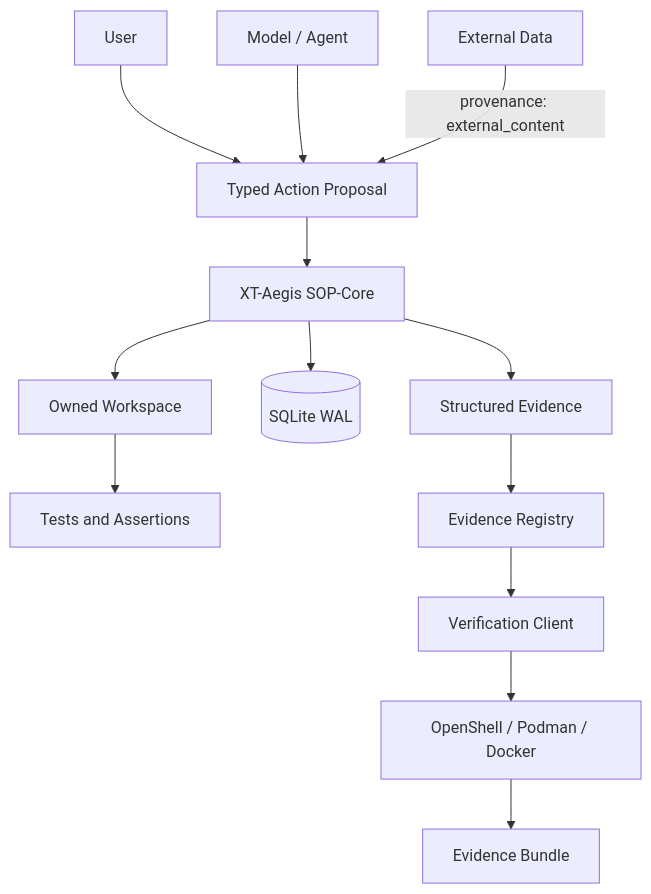
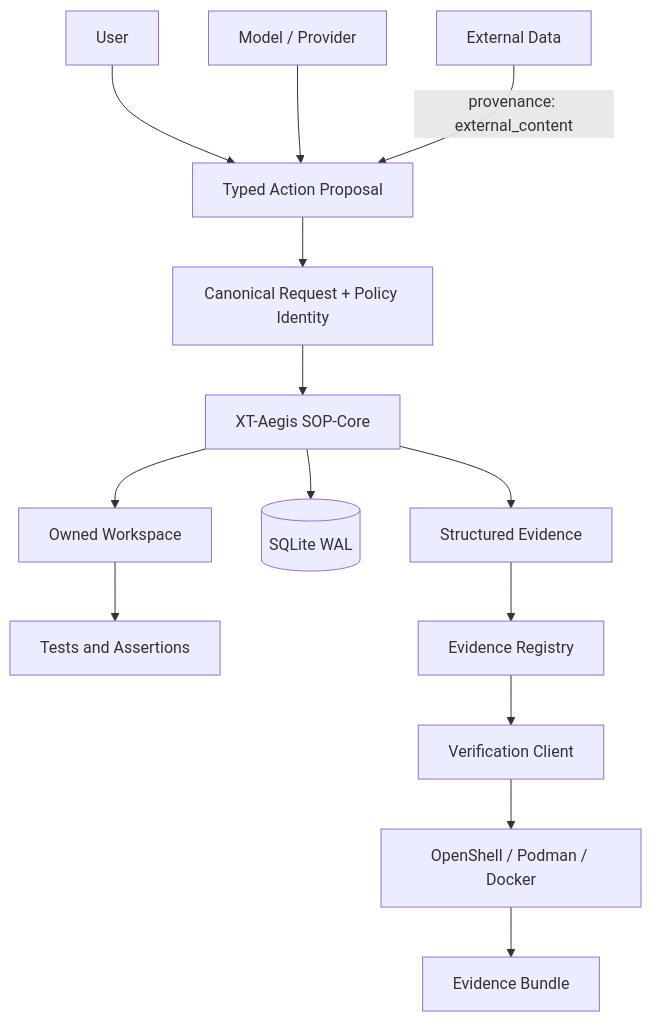
Before and after one commit to ed3c/XT-Aegis: the first of 3 diagrams in docs/ARCHITECTURE.md, drawn with Mermaid. The commit also changed other lines of this file and 16 other files, not shown here.

````diff
--- a/docs/ARCHITECTURE.md
+++ b/docs/ARCHITECTURE.md
@@ -20,15 +29,16 @@
 ```mermaid
 flowchart TB
     U[User] --> AP[Typed Action Proposal]
-    M[Model / Agent] --> AP
+    M[Model / Provider] --> AP
     D[External Data] -->|provenance: external_content| AP
-    AP --> XA[XT-Aegis SOP-Core]
+    AP --> ID[Canonical Request + Policy Identity]
+    ID --> XA[XT-Aegis SOP-Core]
     XA --> W[Owned Workspace]
     XA --> DB[(SQLite WAL)]
     XA --> EV[Structured Evidence]
     W --> T[Tests and Assertions]
     EV --> RG[Evidence Registry]
     RG --> VC[Verification Client]
     VC --> SB[OpenShell / Podman / Docker]
     SB --> EB[Evidence Bundle]
 ```
````
